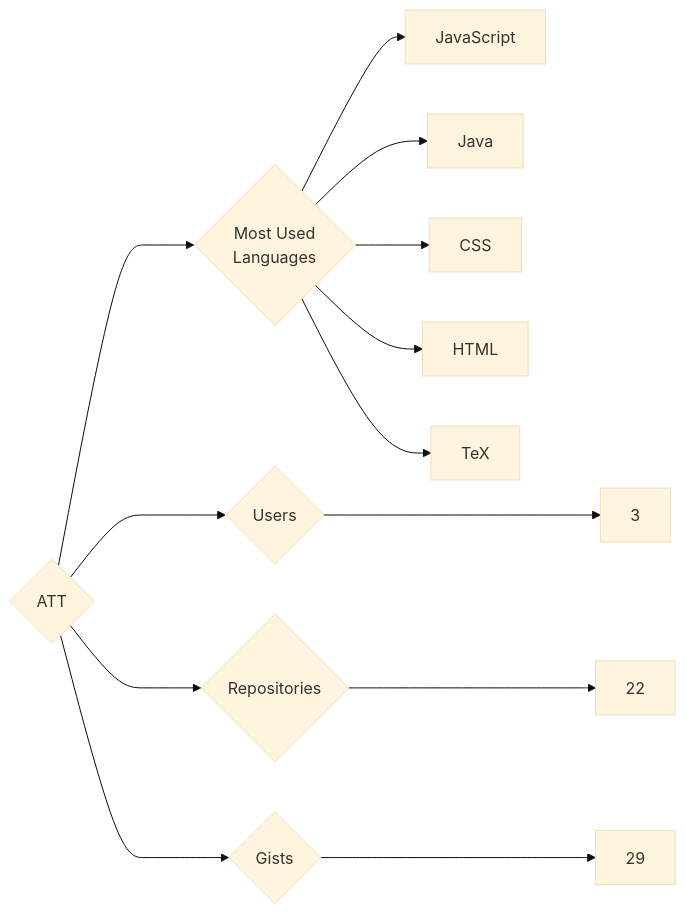
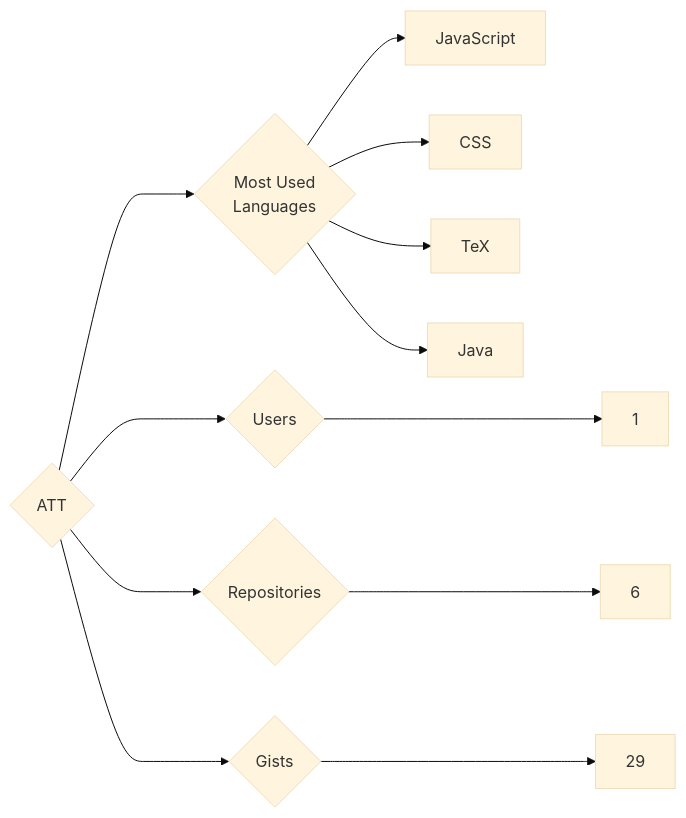
One commit to trickest/insiders changed the diagram in targets/ATT/README.md. Above: the diagram before and after it, drawn with Mermaid (base theme). The commit also changed 880 other files, not shown here.

````diff
--- a/targets/ATT/README.md
+++ b/targets/ATT/README.md
@@ -3,13 +3,12 @@
 ```mermaid
 graph LR
 COMPANY_NAME{ATT}
-COMPANY_NAME ---> U{Users} ---> UN[3]
-COMPANY_NAME ---> R{Repositories} ---> RN[22]
+COMPANY_NAME ---> U{Users} ---> UN[1]
+COMPANY_NAME ---> R{Repositories} ---> RN[6]
 COMPANY_NAME ---> G{Gists} ---> GN[29]
 COMPANY_NAME ---> ML{Most Used<br>Languages}
 ML --> JavaScript[JavaScript]
+ML --> CSS[CSS]
+ML --> TeX[TeX]
 ML --> Java[Java]
-ML --> CSS[CSS]
-ML --> HTML[HTML]
-ML --> TeX[TeX]
 ```
````
